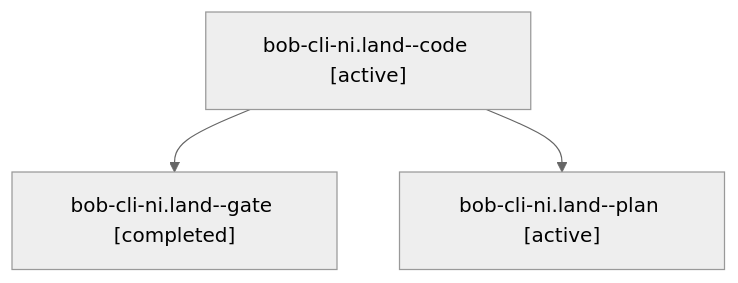
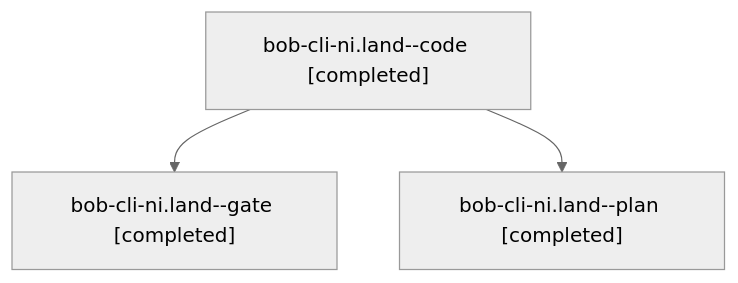
The diagram in sessions/bbugyi200.apollo.bob-cli-ni.land.md (bobs-org/bob-cli--agents), drawn with Mermaid (neutral theme) before and after one commit. The commit also changed other lines of this file and 23 other files, not shown here.

````diff
--- a/sessions/bbugyi200.apollo.bob-cli-ni.land.md
+++ b/sessions/bbugyi200.apollo.bob-cli-ni.land.md
@@ -9,8 +9,8 @@
 ```mermaid
 flowchart TD
-  n0["bob-cli-ni.land--code [active]"]
+  n0["bob-cli-ni.land--code [completed]"]
   n1["bob-cli-ni.land--gate [completed]"]
   n0 --> n1
-  n2["bob-cli-ni.land--plan [active]"]
+  n2["bob-cli-ni.land--plan [completed]"]
   n0 --> n2
 ```
````
